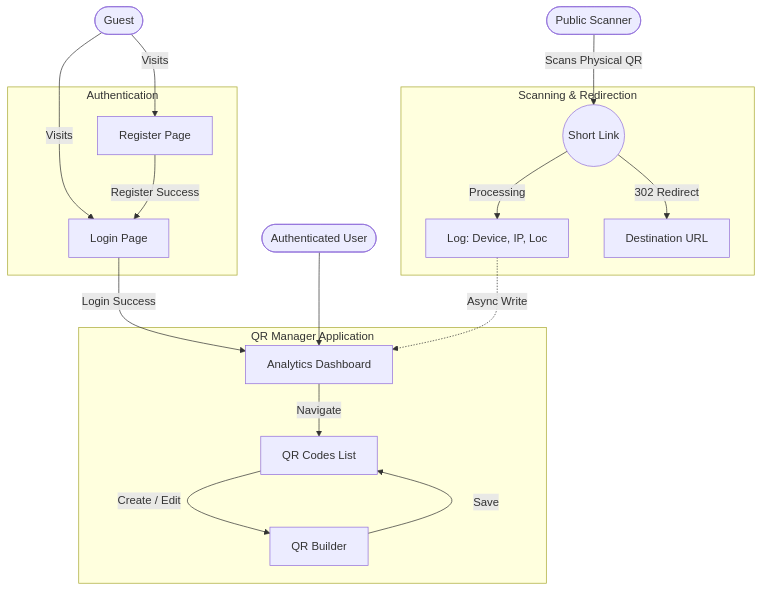
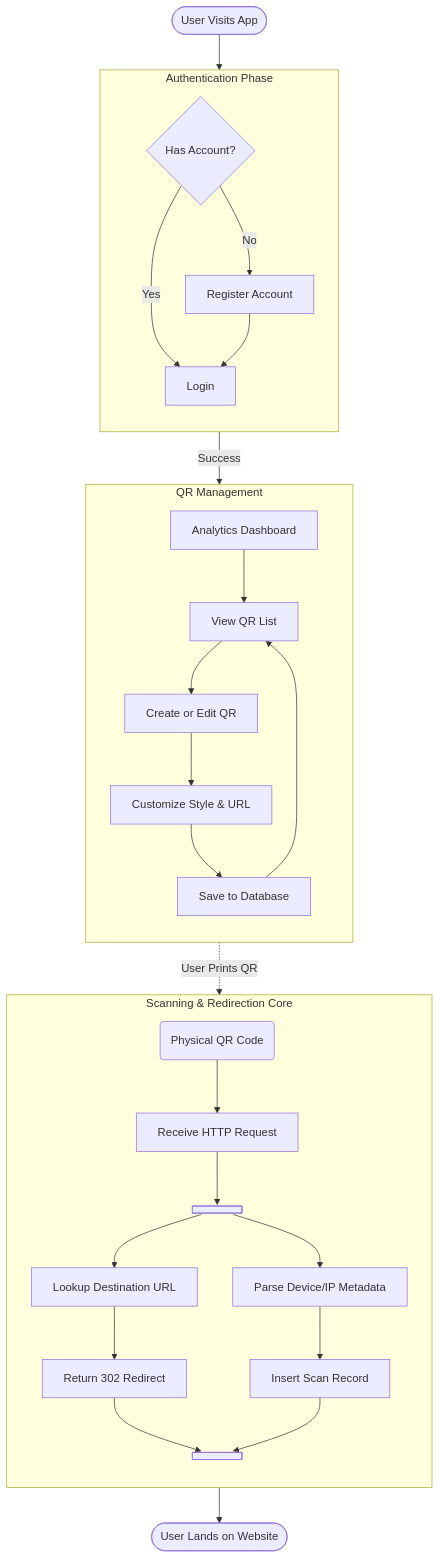
One commit to MarviXs/ASOS-QRCodes changed the third of 3 diagrams in README.md. Above: the diagram before and after it, drawn with Mermaid. The commit also changed other lines of this file, not shown here.

Commit message:
chore: add activity UML diagram

````diff
--- a/README.md
+++ b/README.md
@@ -110,43 +111,50 @@
 ```mermaid
-graph TD
-    %% Actors
-    Guest([Guest])
-    User([Authenticated User])
-    Public([Public Scanner])
+flowchart TD
+    %% --- Start ---
+    Start([User Visits App]) --> IsAuth{Has Account?}
 
-    %% Authentication Flow
-    subgraph Authentication
-        LoginPage[Login Page]
-        RegisterPage[Register Page]
+    %% --- Swimlane: Authentication ---
+    subgraph Auth_System [Authentication Phase]
+        direction TB
+        IsAuth -- No --> Register[Register Account]
+        IsAuth -- Yes --> Login[Login]
+        Register --> Login
+    end
+    
+    Login -->|Success| Dashboard[Analytics Dashboard]
+
+    %% --- Swimlane: Management ---
+    subgraph Management_System [QR Management]
+        direction TB
+        Dashboard --> QRList[View QR List]
+        QRList --> Create[Create or Edit QR]
+        Create --> Config[Customize Style & URL]
+        Config --> SaveDB[Save to Database]
+        SaveDB --> QRList
     end
 
-    Guest -->|Visits| LoginPage
-    Guest -->|Visits| RegisterPage
-    RegisterPage -->|Register Success| LoginPage
-    LoginPage -->|Login Success| Dashboard
+    %% Transition to Physical Context
+    SaveDB -.->|User Prints QR| PhysicalQR(Physical QR Code)
 
-    %% Main Application Flow
-    subgraph "QR Manager Application"
-        Dashboard[Analytics Dashboard]
-        QRList[QR Codes List]
-        QRBuilder[QR Builder]
+    %% --- Swimlane: Scanning ---
+    subgraph Scanning_Logic [Scanning & Redirection Core]
+        direction TB
+        PhysicalQR --> RecReq[Receive HTTP Request]
+        
+        %% Fork for Parallel Processing
+        RecReq --> ForkBar@{ shape: fork }
+        
+        ForkBar --> Lookup[Lookup Destination URL]
+        ForkBar --> Parse[Parse Device/IP Metadata]
+        
+        Lookup --> Redirect[Return 302 Redirect]
+        Parse --> Log[Insert Scan Record]
+        
+        %% Join
+        Redirect --> JoinBar@{ shape: join }
+        Log --> JoinBar
     end
 
-    User --> Dashboard
-    
-    Dashboard -->|Navigate| QRList
-    QRList -->|Create / Edit| QRBuilder
-    QRBuilder -->|Save| QRList
-
-    %% Scanning Flow
-    subgraph "Scanning & Redirection"
-        ShortLink((Short Link))
-        AnalyticsLog[Log: Device, IP, Loc]
-        TargetURL[Destination URL]
-    end
-
-    Public -->|Scans Physical QR| ShortLink
-    ShortLink -->|Processing| AnalyticsLog
-    AnalyticsLog -.->|Async Write| Dashboard
-    ShortLink -->|302 Redirect| TargetURL
+    %% --- End ---
+    JoinBar --> Target([User Lands on Website])
 ```
````
